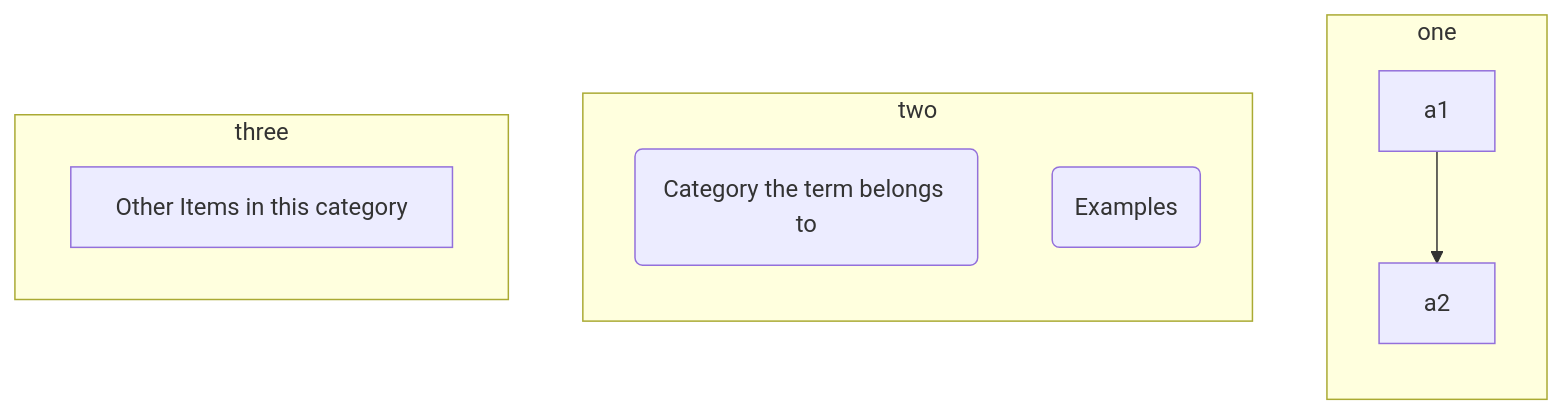
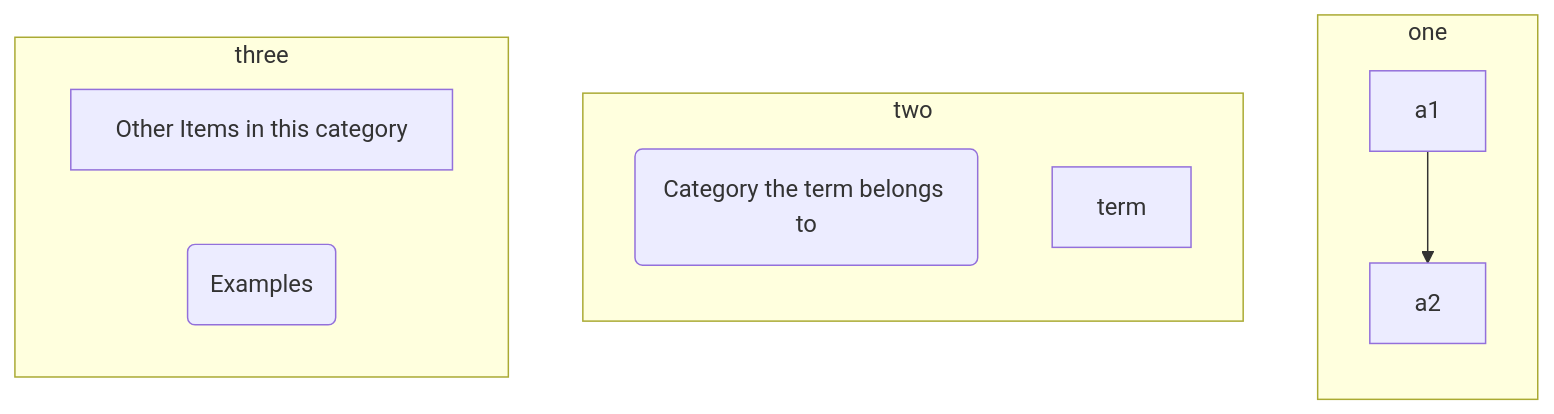
One commit to gerbssusd/dok changed the diagram in slides.md. Above: the diagram before and after it, drawn with Mermaid.

````diff
--- a/slides.md
+++ b/slides.md
@@ -217,23 +217,23 @@
 ```mermaid
 flowchart TB
     subgraph one 
      direction TB
     a1-->a2
      end
     subgraph two
       direction TB
         b1(Category the term belongs to)
-        c2[term]
+        b2[term]
         end
     subgraph three 
       direction LR
     c1[Other Items in this category] 
     c2(Examples)
     end
 
 
 
 
 
 
 ```
````
